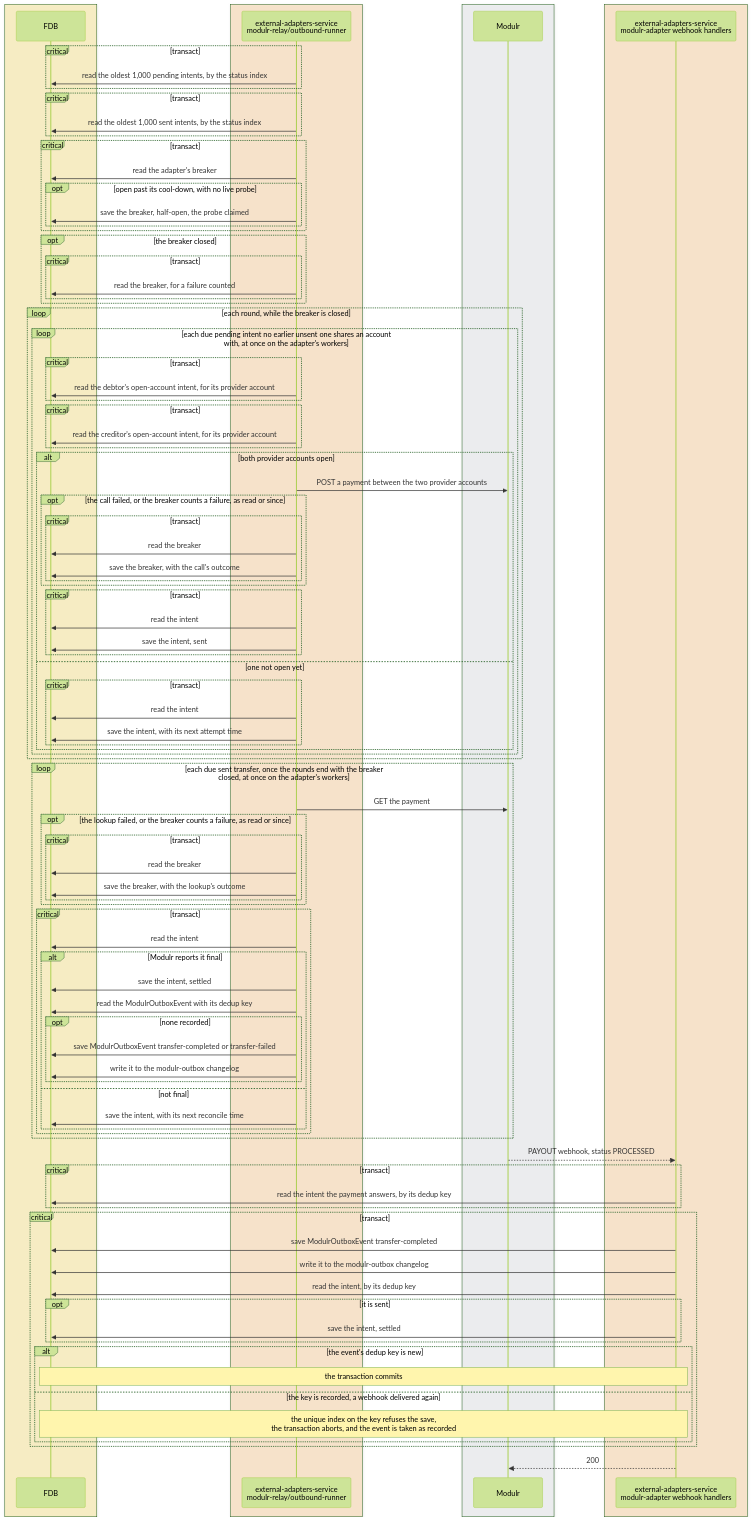
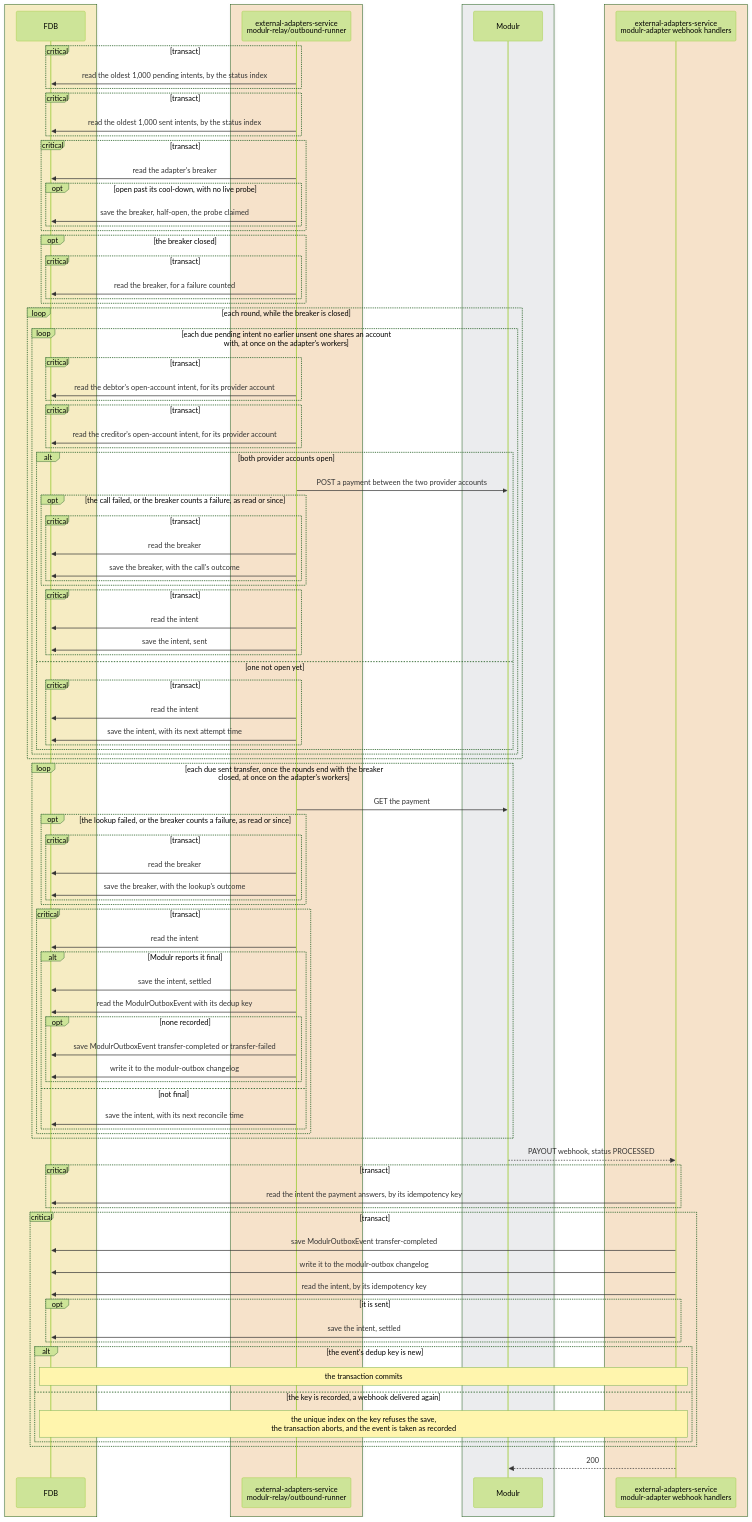
Before and after one commit to repldriven/queenswood: the seventh of 8 diagrams in docs/tdd/payments-internal.md, drawn with Mermaid (forest theme). The commit also changed other lines of this file and 1030 other files, not shown here.

```diff
--- a/docs/tdd/payments-internal.md
+++ b/docs/tdd/payments-internal.md
@@ -477,12 +477,12 @@
     end
     PR-->>WH: PAYOUT webhook, status PROCESSED
     critical transact
-    WH->>DB: read the intent the payment answers, by its dedup key
+    WH->>DB: read the intent the payment answers, by its idempotency key
     end
     critical transact
     WH->>DB: save ModulrOutboxEvent transfer-completed
     WH->>DB: write it to the modulr-outbox changelog
-    WH->>DB: read the intent, by its dedup key
+    WH->>DB: read the intent, by its idempotency key
     opt it is sent
     WH->>DB: save the intent, settled
     end
```
